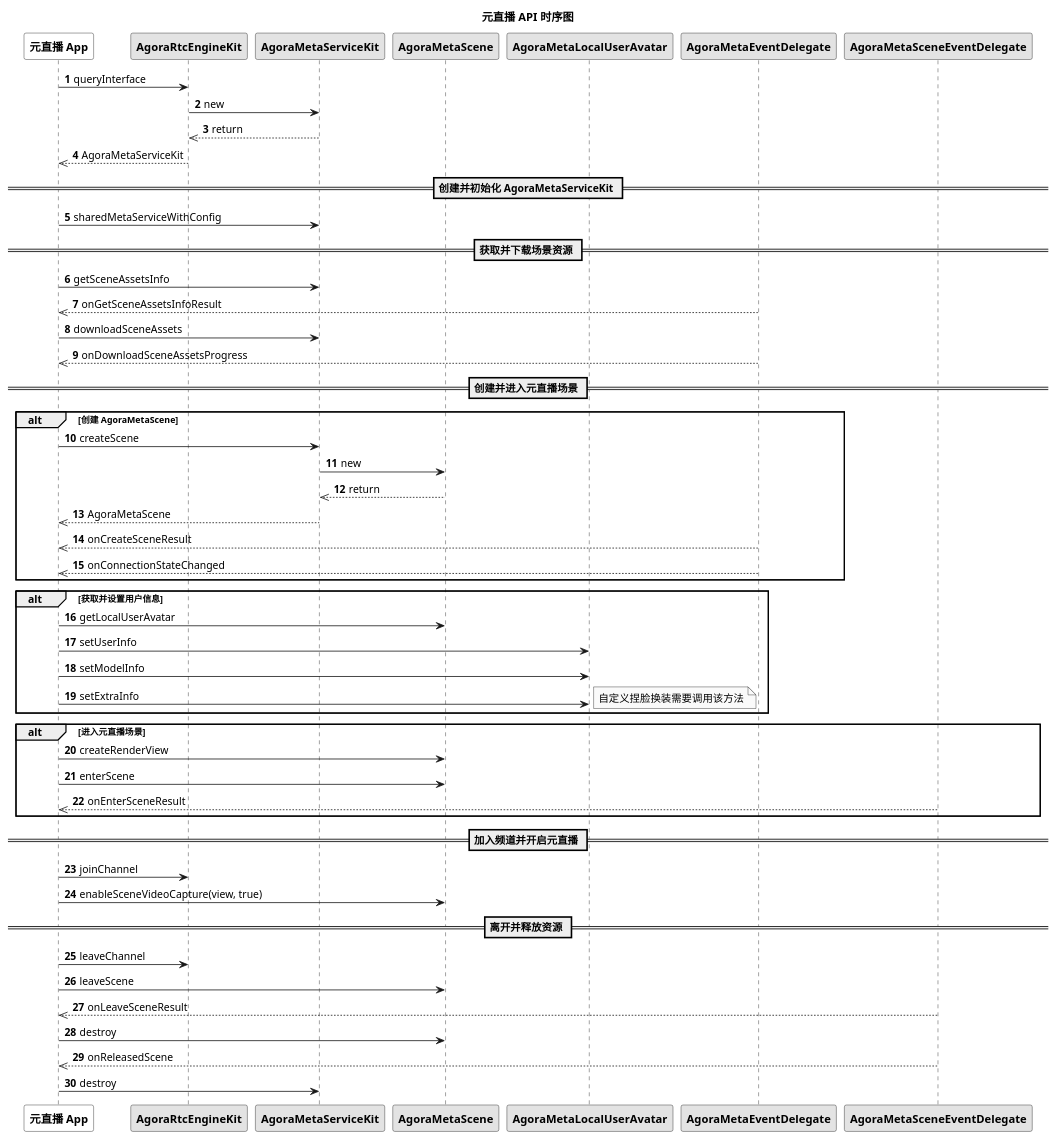
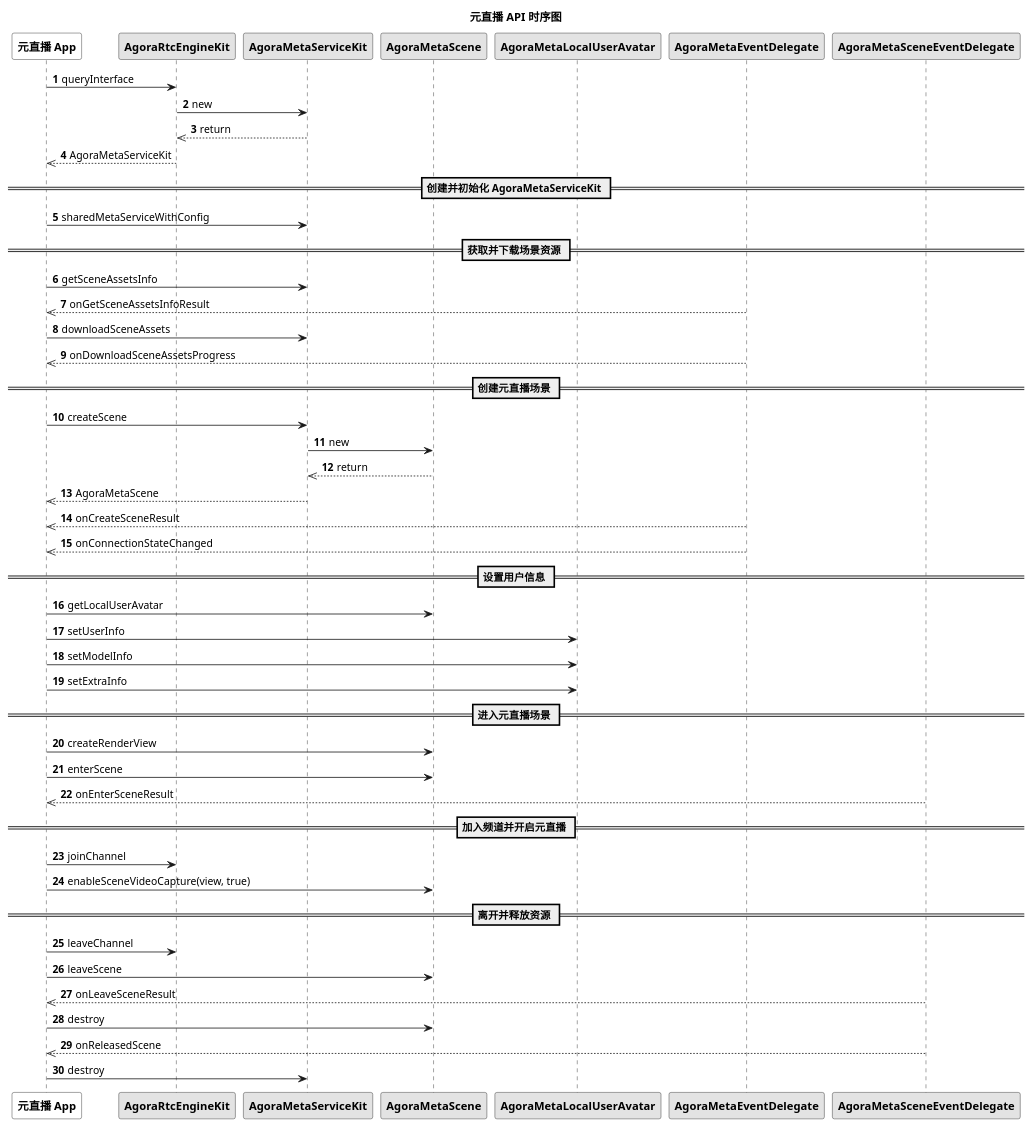
The diagram in markdown/metaworld/pic/ios_ml_api.wsd (AgoraIO/agora_doc_source), drawn with PlantUML before and after one commit. The commit also changed 3 other files, not shown here.

```diff
--- a/markdown/metaworld/pic/ios_ml_api.wsd
+++ b/markdown/metaworld/pic/ios_ml_api.wsd
@@ -1,58 +1,51 @@
 @startuml
 autonumber
 skinparam monochrome true
 
 title 元直播 API 时序图
 participant "<b>元直播 App</b>" as app #White
 participant "<b>AgoraRtcEngineKit</b>" as rtc
 participant "<b>AgoraMetaServiceKit</b>" as service
 participant "<b>AgoraMetaScene</b>" as scene
 participant "<b>AgoraMetaLocalUserAvatar</b>" as avatar
 participant "<b>AgoraMetaEventDelegate</b>" as serviceevent
 participant "<b>AgoraMetaSceneEventDelegate</b>" as sceneevent
 
 app -> rtc: queryInterface
 rtc -> service: new
 service -->> rtc: return
 rtc -->> app: AgoraMetaServiceKit
 == 创建并初始化 AgoraMetaServiceKit ==
 app -> service: sharedMetaServiceWithConfig
 == 获取并下载场景资源 ==
 app -> service: getSceneAssetsInfo
 serviceevent -->> app: onGetSceneAssetsInfoResult
 app -> service: downloadSceneAssets
 serviceevent -->> app: onDownloadSceneAssetsProgress
-== 创建并进入元直播场景 ==
-alt 创建 AgoraMetaScene
+== 创建元直播场景 ==
 app -> service: createScene
 service -> scene: new
 scene -->> service: return
 service -->> app: AgoraMetaScene
 serviceevent -->> app: onCreateSceneResult
 serviceevent -->> app: onConnectionStateChanged
-end
-alt 获取并设置用户信息
+== 设置用户信息 ==
 app -> scene: getLocalUserAvatar
 app -> avatar: setUserInfo
 app -> avatar: setModelInfo
 app -> avatar: setExtraInfo
-note right
-自定义捏脸换装需要调用该方法
-end note
-end
-alt 进入元直播场景
+== 进入元直播场景 ==
 app -> scene: createRenderView
 app -> scene: enterScene
 sceneevent -->> app: onEnterSceneResult
-end
 == 加入频道并开启元直播 ==
 app -> rtc: joinChannel
 app -> scene: enableSceneVideoCapture(view, true)
 == 离开并释放资源 ==
 app -> rtc: leaveChannel
 app -> scene: leaveScene
 sceneevent -->> app: onLeaveSceneResult
 app -> scene: destroy
 sceneevent -->> app: onReleasedScene
 app -> service: destroy
 @enduml
```
